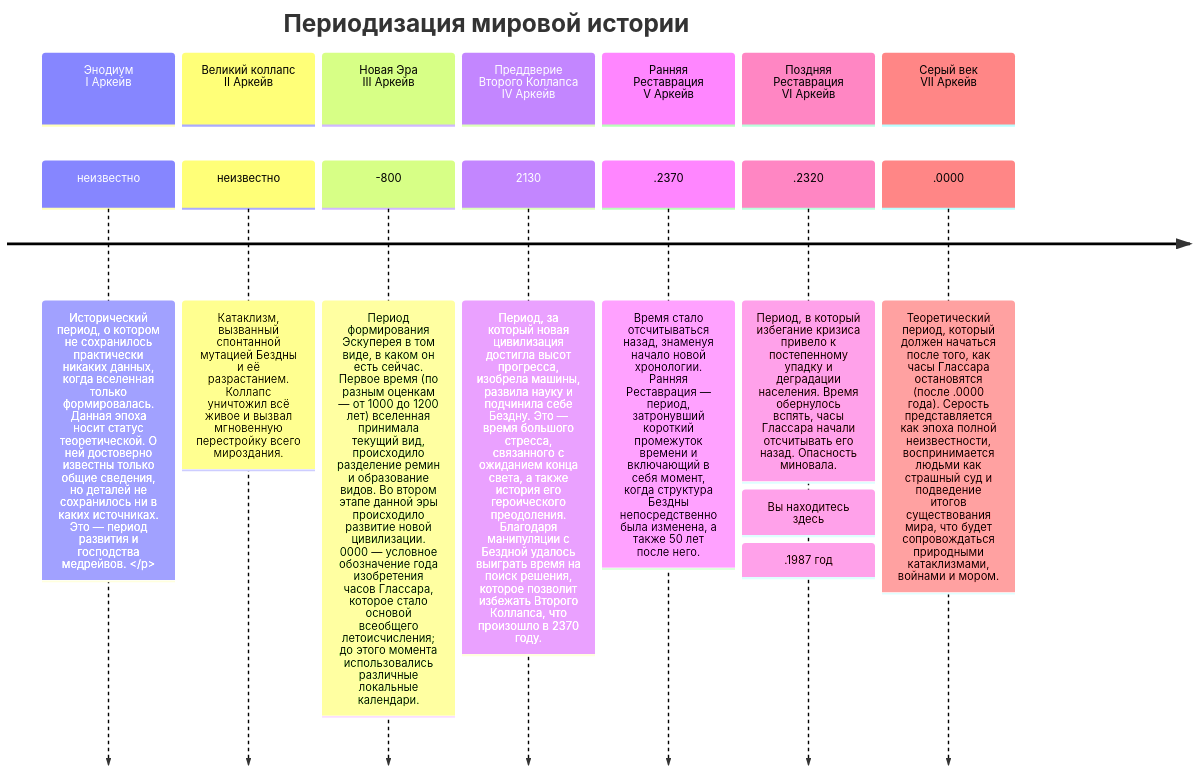
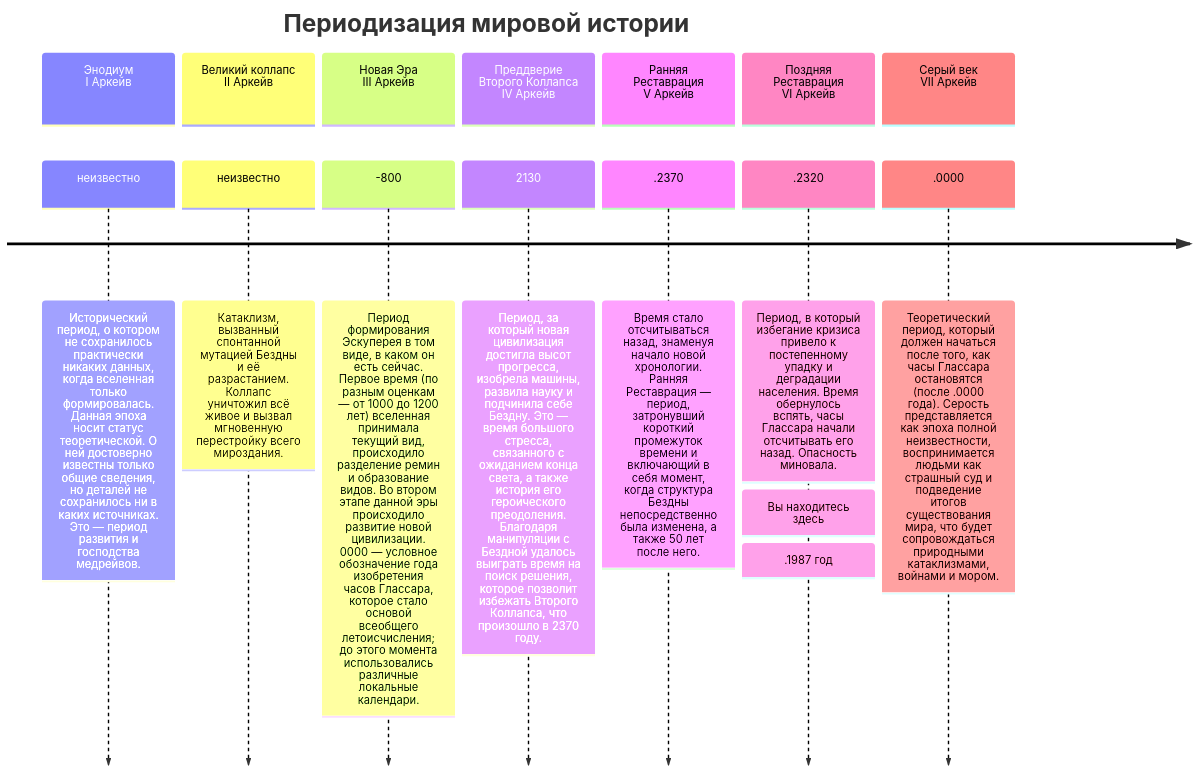
One commit to Remain-Nameless/Escupereum changed the diagram in content/Песочница.md. Above: the diagram before and after it, drawn with Mermaid. The commit also changed other lines of this file, not shown here.

Commit message:
vault backup: 2025-12-18 16:17:23

````diff
--- a/content/Песочница.md
+++ b/content/Песочница.md
@@ -6,24 +6,24 @@
 ```mermaid
 ---
 config:
 theme: 'forest' 
 timeline: 
 disableMulticolor: true
 ---
 timeline
     title Периодизация мировой истории
     section Энодиум <br> I Аркейв
-        неизвестно : Исторический период, о котором не сохранилось практически никаких данных, когда вселенная только формировалась. Данная эпоха носит статус теоретической. О ней достоверно известны только общие сведения, но деталей не сохранилось ни в каких источниках. Это — период развития и господства медрейвов. </p>
+        неизвестно : Исторический период, о котором не сохранилось практически никаких данных, когда вселенная только формировалась. Данная эпоха носит статус теоретической. О ней достоверно известны только общие сведения, но деталей не сохранилось ни в каких источниках. Это — период развития и господства медрейвов. 
     section Великий коллапс <br> II Аркейв
 	    неизвестно : Катаклизм, вызванный спонтанной мутацией Бездны и её разрастанием. Коллапс уничтожил всё живое и вызвал мгновенную перестройку всего мироздания.
 	section Новая Эра <br> III Аркейв
 		-800 : Период формирования Эскуперея в том виде, в каком он есть сейчас. Первое время (по разным оценкам — от 1000 до 1200 лет) вселенная принимала текущий вид, происходило разделение ремин и образование видов. Во втором этапе данной эры происходило развитие новой цивилизации. 0000 — условное обозначение года изобретения часов Глассара, которое стало основой всеобщего летоисчисления; до этого момента использовались различные локальные календари.
 	section Преддверие Второго Коллапса <br> IV Аркейв
 		2130 : Период, за который новая цивилизация достигла высот прогресса, изобрела машины, развила науку и подчинила себе Бездну. Это — время большого стресса, связанного с ожиданием конца света, а также история его героического преодоления. Благодаря манипуляции с Бездной удалось выиграть время на поиск решения, которое позволит избежать Второго Коллапса, что произошло в 2370 году.
 	section Ранняя Реставрация <br> V Аркейв
 		.2370 : Время стало отсчитываться назад, знаменуя начало новой хронологии. Ранняя Реставрация — период, затронувший короткий промежуток времени и включающий в себя момент, когда структура Бездны непосредственно была изменена, а также 50 лет после него. 
 	section Поздняя Реставрация <br> VI Аркейв
 		.2320 : Период, в который избегание кризиса привело к постепенному упадку и деградации населения. Время обернулось вспять, часы Глассара начали отсчитывать его назад. Опасность миновала. : Вы находитесь здесь : .1987 год
 	section Серый век <br> VII Аркейв
 		.0000 : Теоретический период, который должен начаться после того, как часы Глассара остановятся (после .0000 года). Серость представляется как эпоха полной неизвестности, воспринимается людьми как страшный суд и подведение итогов существования мира, что будет сопровождаться природными катаклизмами, войнами и мором.
 ```
````
